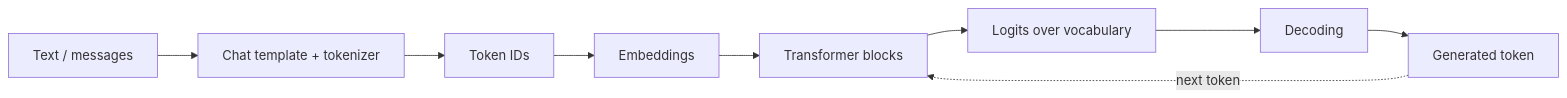
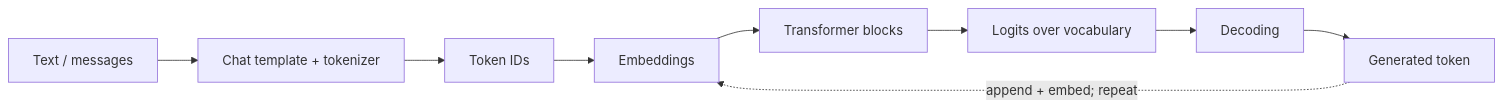
Before and after one commit to nguyenminhtiend/ai-comprehension: the first of 2 diagrams in llm_foundation.md, drawn with Mermaid. The commit also changed other lines of this file, not shown here.

````diff
--- a/llm_foundation.md
+++ b/llm_foundation.md
@@ -26,11 +42,11 @@
 ```mermaid
 flowchart LR
     A[Text / messages] --> B[Chat template + tokenizer]
     B --> C[Token IDs]
     C --> D[Embeddings]
     D --> E[Transformer blocks]
     E --> F[Logits over vocabulary]
     F --> G[Decoding]
     G --> H[Generated token]
-    H -.->|next token| E
+    H -.->|append + embed; repeat| D
 ```
````
